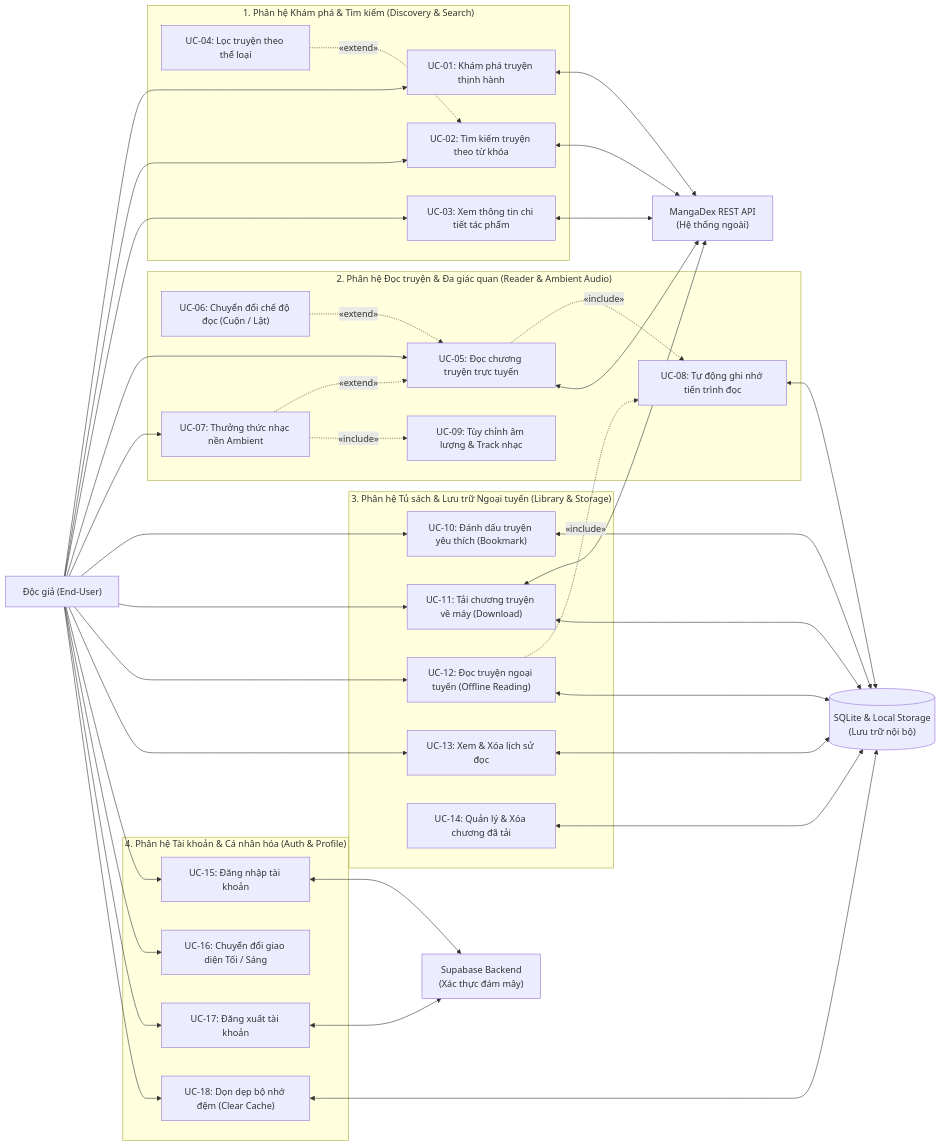
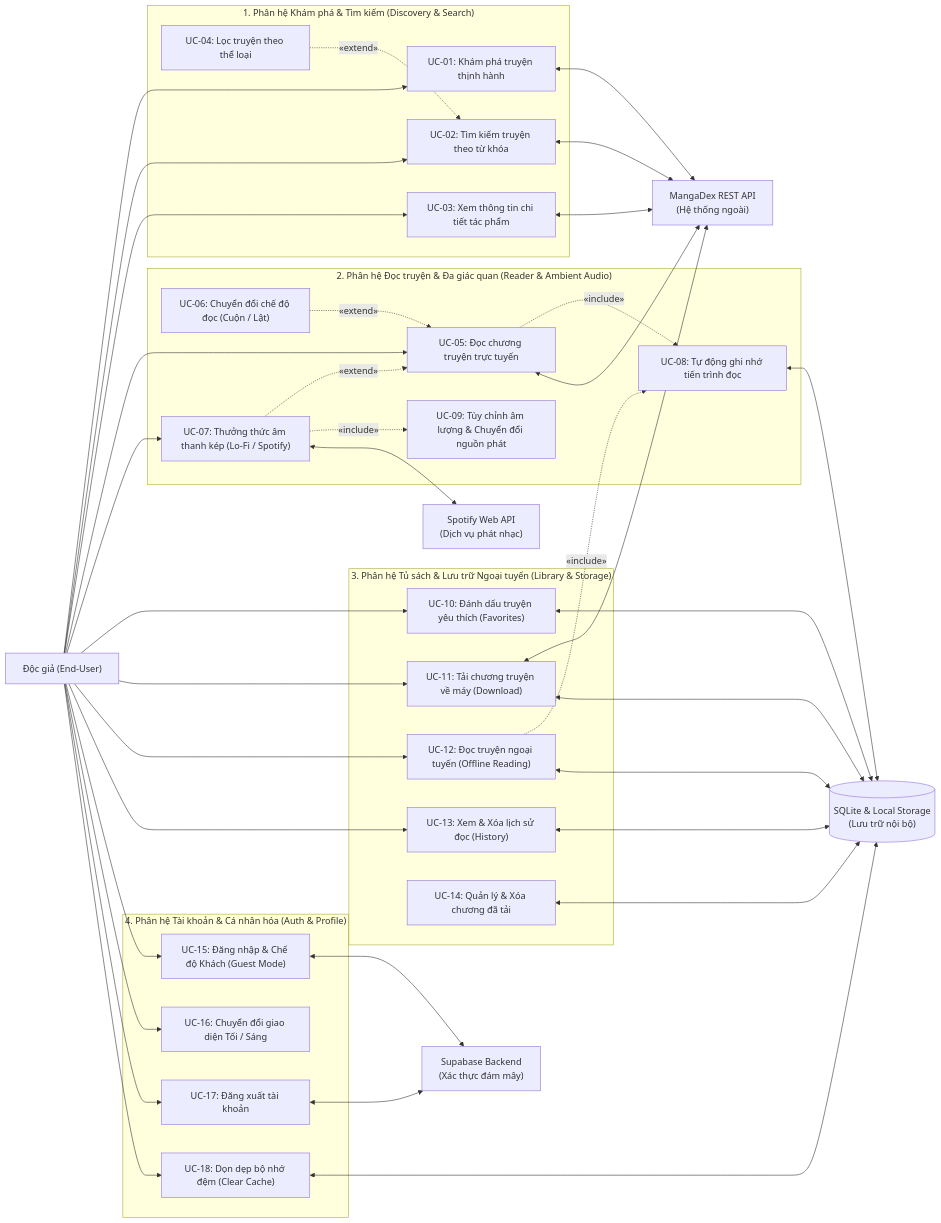
One commit to kortav0103/Naomi changed the diagram in spec/1.2.md. Above: the diagram before and after it, drawn with Mermaid. The commit also changed other lines of this file and 27 other files, not shown here.

```diff
--- a/spec/1.2.md
+++ b/spec/1.2.md
@@ -41,6 +42,7 @@
     %% ACTORS
     User["Độc giả (End-User)"]
     MangaDex["MangaDex REST API\n(Hệ thống ngoài)"]
+    Spotify["Spotify Web API\n(Dịch vụ phát nhạc)"]
     CloudAuth["Supabase Backend\n(Xác thực đám mây)"]
     LocalStorage[("SQLite & Local Storage\n(Lưu trữ nội bộ)")]
 
@@ -56,23 +58,23 @@
     subgraph ReaderSystem ["2. Phân hệ Đọc truyện & Đa giác quan (Reader & Ambient Audio)"]
         UC05["UC-05: Đọc chương truyện trực tuyến"]
         UC06["UC-06: Chuyển đổi chế độ đọc (Cuộn / Lật)"]
-        UC07["UC-07: Thưởng thức nhạc nền Ambient"]
+        UC07["UC-07: Thưởng thức âm thanh kép (Lo-Fi / Spotify)"]
         UC08["UC-08: Tự động ghi nhớ tiến trình đọc"]
-        UC09["UC-09: Tùy chỉnh âm lượng & Track nhạc"]
+        UC09["UC-09: Tùy chỉnh âm lượng & Chuyển đổi nguồn phát"]
     end
 
     %% SUB-SYSTEM 3: TỦ SÁCH & LƯU TRỮ NGOẠI TUYẾN
     subgraph LibrarySystem ["3. Phân hệ Tủ sách & Lưu trữ Ngoại tuyến (Library & Storage)"]
-        UC10["UC-10: Đánh dấu truyện yêu thích (Bookmark)"]
+        UC10["UC-10: Đánh dấu truyện yêu thích (Favorites)"]
         UC11["UC-11: Tải chương truyện về máy (Download)"]
         UC12["UC-12: Đọc truyện ngoại tuyến (Offline Reading)"]
-        UC13["UC-13: Xem & Xóa lịch sử đọc"]
+        UC13["UC-13: Xem & Xóa lịch sử đọc (History)"]
         UC14["UC-14: Quản lý & Xóa chương đã tải"]
     end
 
     %% SUB-SYSTEM 4: HỒ SƠ & CÁ NHÂN HÓA
     subgraph ProfileSystem ["4. Phân hệ Tài khoản & Cá nhân hóa (Auth & Profile)"]
-        UC15["UC-15: Đăng nhập tài khoản"]
+        UC15["UC-15: Đăng nhập & Chế độ Khách (Guest Mode)"]
         UC16["UC-16: Chuyển đổi giao diện Tối / Sáng"]
         UC17["UC-17: Đăng xuất tài khoản"]
         UC18["UC-18: Dọn dẹp bộ nhớ đệm (Clear Cache)"]
@@ -108,6 +110,8 @@
     UC05 <--> MangaDex
     UC11 <--> MangaDex
 
+    UC07 <--> Spotify
+
     UC08 <--> LocalStorage
     UC10 <--> LocalStorage
     UC11 <--> LocalStorage
```
